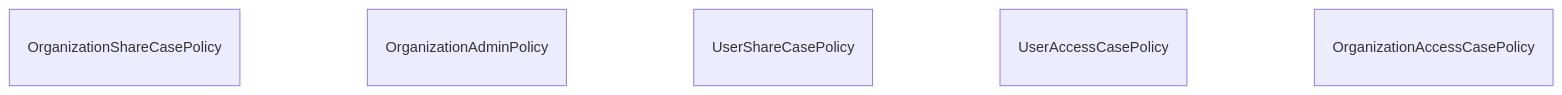
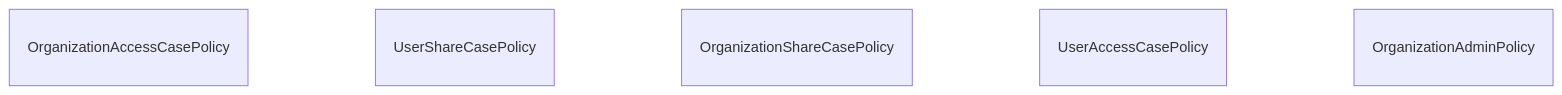
One commit to RIVM-bioinformatics/gen-epix-api changed the diagram in docs/erm/casedb.abac.md. Above: the diagram before and after it, drawn with Mermaid. The commit also changed other lines of this file and 186 other files, not shown here.

````diff
--- a/docs/erm/casedb.abac.md
+++ b/docs/erm/casedb.abac.md
@@ -5,20 +5,20 @@
 ```mermaid
 erDiagram
     %% casedb / ABAC (simplified)
 
+    OrganizationAccessCasePolicy {
+    }
+
+    UserShareCasePolicy {
+    }
+
     OrganizationShareCasePolicy {
+    }
+
+    UserAccessCasePolicy {
     }
 
     OrganizationAdminPolicy {
     }
 
-    UserShareCasePolicy {
-    }
-
-    UserAccessCasePolicy {
-    }
-
-    OrganizationAccessCasePolicy {
-    }
-
 ```
````
